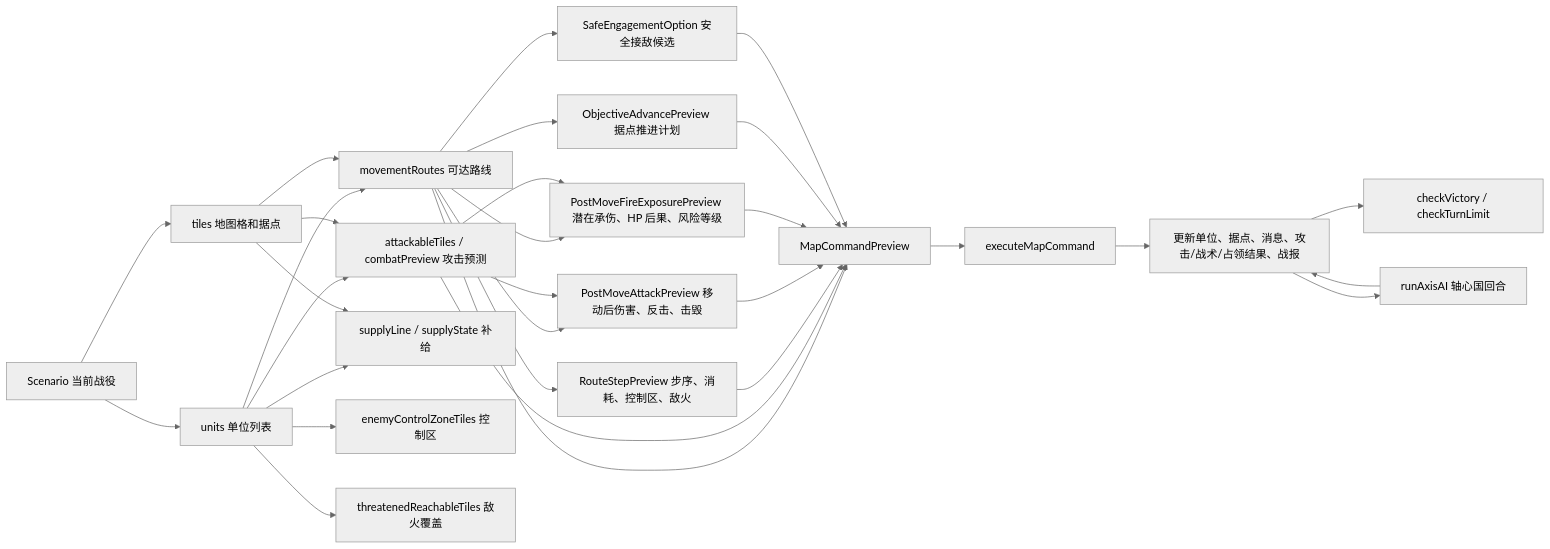
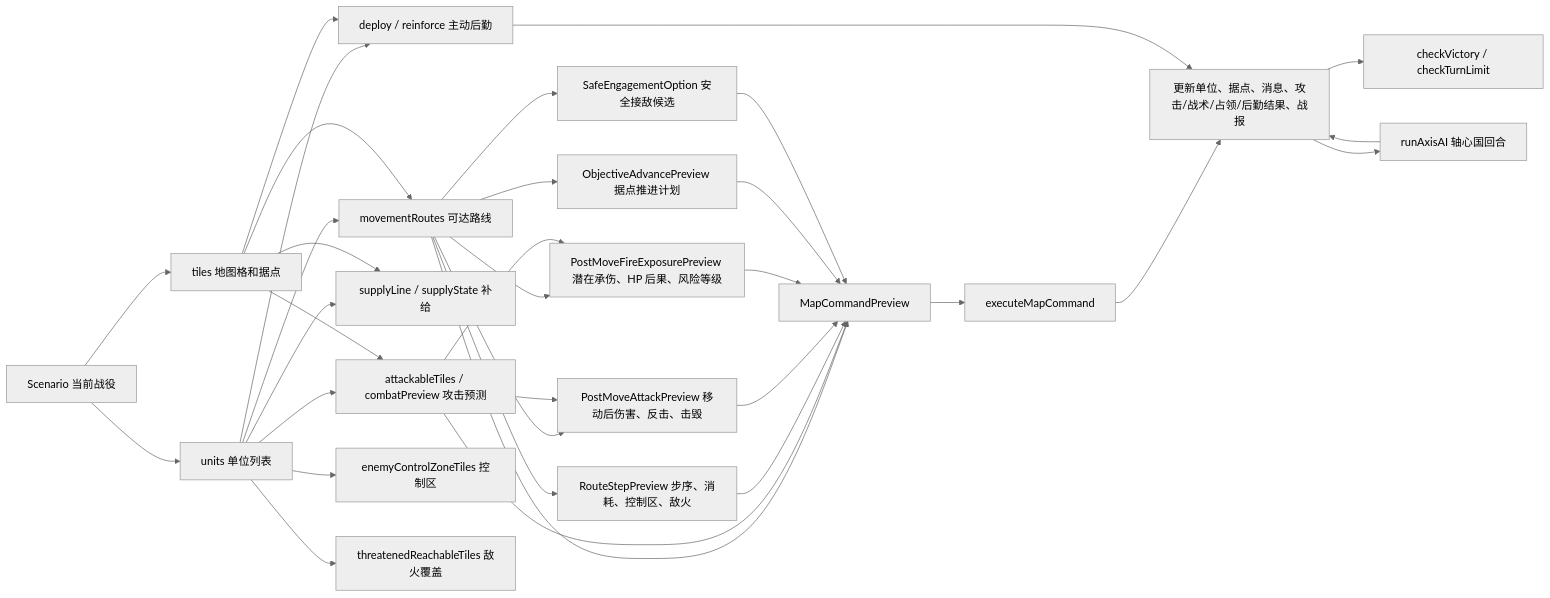
One commit to Altman-sam114/116 changed the third of 5 diagrams in md/flow/flowchart.md. Above: the diagram before and after it, drawn with Mermaid (neutral theme). The commit also changed other lines of this file and 10 other files, not shown here.

````diff
--- a/md/flow/flowchart.md
+++ b/md/flow/flowchart.md
@@ -53,32 +53,35 @@
 ```mermaid
 flowchart LR
   S["Scenario 当前战役"] --> U["units 单位列表"]
   S --> T["tiles 地图格和据点"]
   U --> MV["movementRoutes 可达路线"]
   T --> MV
   U --> AT["attackableTiles / combatPreview 攻击预测"]
   T --> AT
   U --> SUP["supplyLine / supplyState 补给"]
   T --> SUP
+  U --> LOG["deploy / reinforce 主动后勤"]
+  T --> LOG
   U --> ZOC["enemyControlZoneTiles 控制区"]
   U --> THR["threatenedReachableTiles 敌火覆盖"]
   MV --> RP["RouteStepPreview 步序、消耗、控制区、敌火"]
   MV --> PM["PostMoveAttackPreview 移动后伤害、反击、击毁"]
   MV --> FP["PostMoveFireExposurePreview 潜在承伤、HP 后果、风险等级"]
   MV --> OP["ObjectiveAdvancePreview 据点推进计划"]
   MV --> SE["SafeEngagementOption 安全接敌候选"]
   AT --> PM
   AT --> FP
   MV --> CMD["MapCommandPreview"]
   AT --> CMD
   RP --> CMD
   PM --> CMD
   FP --> CMD
   OP --> CMD
   SE --> CMD
   CMD --> EX["executeMapCommand"]
-  EX --> RES["更新单位、据点、消息、攻击/战术/占领结果、战报"]
+  EX --> RES["更新单位、据点、消息、攻击/战术/占领/后勤结果、战报"]
+  LOG --> RES
   RES --> WIN["checkVictory / checkTurnLimit"]
   RES --> AI["runAxisAI 轴心国回合"]
   AI --> RES
 ```
````
